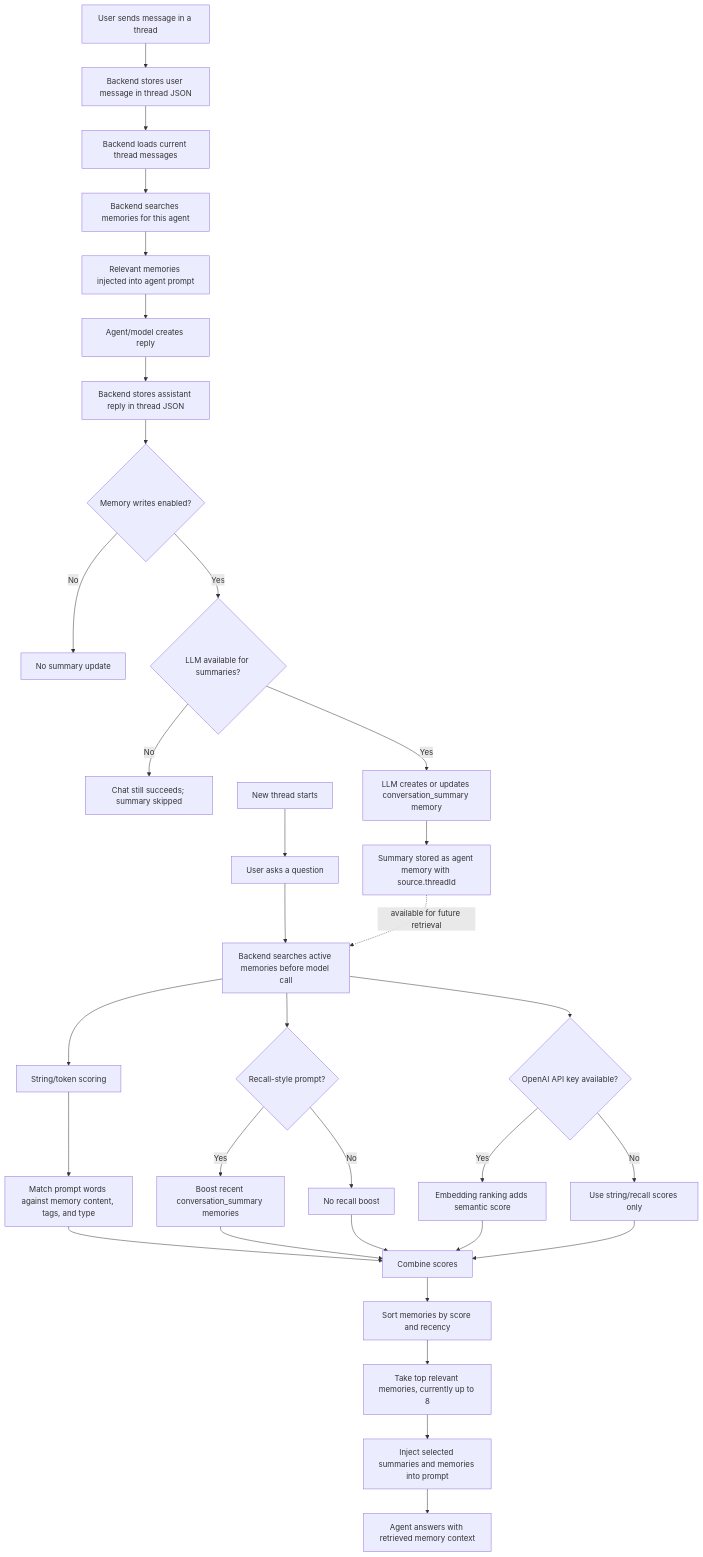
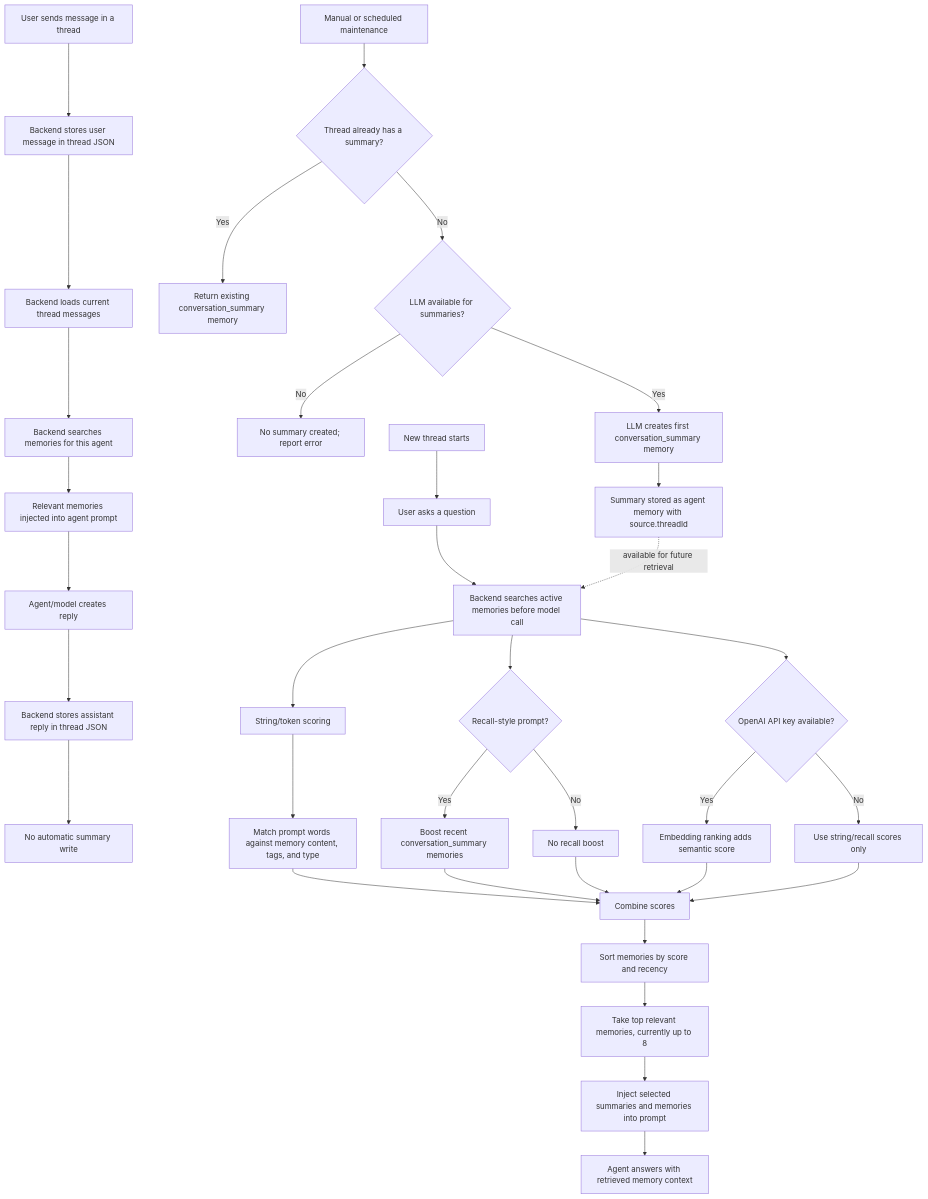
The diagram in docs/memory.md (derrodo61/rdma26), drawn with Mermaid before and after one commit. The commit also changed other lines of this file and 10 other files, not shown here.

Commit message:
Make thread summary creation idempotent

````diff
--- a/docs/memory.md
+++ b/docs/memory.md
@@ -248,42 +257,44 @@
 ```mermaid
 flowchart TD
     A["User sends message in a thread"] --> B["Backend stores user message in thread JSON"]
     B --> C["Backend loads current thread messages"]
     C --> D["Backend searches memories for this agent"]
     D --> E["Relevant memories injected into agent prompt"]
     E --> F["Agent/model creates reply"]
     F --> G["Backend stores assistant reply in thread JSON"]
 
-    G --> H{"Memory writes enabled?"}
-    H -- "No" --> I["No summary update"]
-    H -- "Yes" --> J{"LLM available for summaries?"}
-    J -- "No" --> K["Chat still succeeds; summary skipped"]
-    J -- "Yes" --> L["LLM creates or updates conversation_summary memory"]
-    L --> M["Summary stored as agent memory with source.threadId"]
+    G --> H["No automatic summary write"]
 
-    N["New thread starts"] --> O["User asks a question"]
-    O --> P["Backend searches active memories before model call"]
+    M["Manual or scheduled maintenance"] --> N{"Thread already has a summary?"}
+    N -- "Yes" --> O["Return existing conversation_summary memory"]
+    N -- "No" --> P{"LLM available for summaries?"}
+    P -- "No" --> Q["No summary created; report error"]
+    P -- "Yes" --> R["LLM creates first conversation_summary memory"]
+    R --> S["Summary stored as agent memory with source.threadId"]
 
-    P --> Q["String/token scoring"]
-    P --> R{"Recall-style prompt?"}
-    P --> S{"OpenAI API key available?"}
+    T["New thread starts"] --> U["User asks a question"]
+    U --> V["Backend searches active memories before model call"]
 
-    Q --> T["Match prompt words against memory content, tags, and type"]
-    R -- "Yes" --> U["Boost recent conversation_summary memories"]
-    R -- "No" --> V["No recall boost"]
-    S -- "Yes" --> W["Embedding ranking adds semantic score"]
-    S -- "No" --> X["Use string/recall scores only"]
+    V --> W["String/token scoring"]
+    V --> X{"Recall-style prompt?"}
+    V --> Y{"OpenAI API key available?"}
 
-    T --> Y["Combine scores"]
-    U --> Y
-    V --> Y
-    W --> Y
-    X --> Y
+    W --> Z["Match prompt words against memory content, tags, and type"]
+    X -- "Yes" --> AA["Boost recent conversation_summary memories"]
+    X -- "No" --> AB["No recall boost"]
+    Y -- "Yes" --> AC["Embedding ranking adds semantic score"]
+    Y -- "No" --> AD["Use string/recall scores only"]
 
-    Y --> Z["Sort memories by score and recency"]
-    Z --> AA["Take top relevant memories, currently up to 8"]
-    AA --> AB["Inject selected summaries and memories into prompt"]
-    AB --> AC["Agent answers with retrieved memory context"]
+    Z --> AE["Combine scores"]
+    AA --> AE
+    AB --> AE
+    AC --> AE
+    AD --> AE
 
-    M -. "available for future retrieval" .-> P
+    AE --> AF["Sort memories by score and recency"]
+    AF --> AG["Take top relevant memories, currently up to 8"]
+    AG --> AH["Inject selected summaries and memories into prompt"]
+    AH --> AI["Agent answers with retrieved memory context"]
+
+    S -. "available for future retrieval" .-> V
 ```
````
